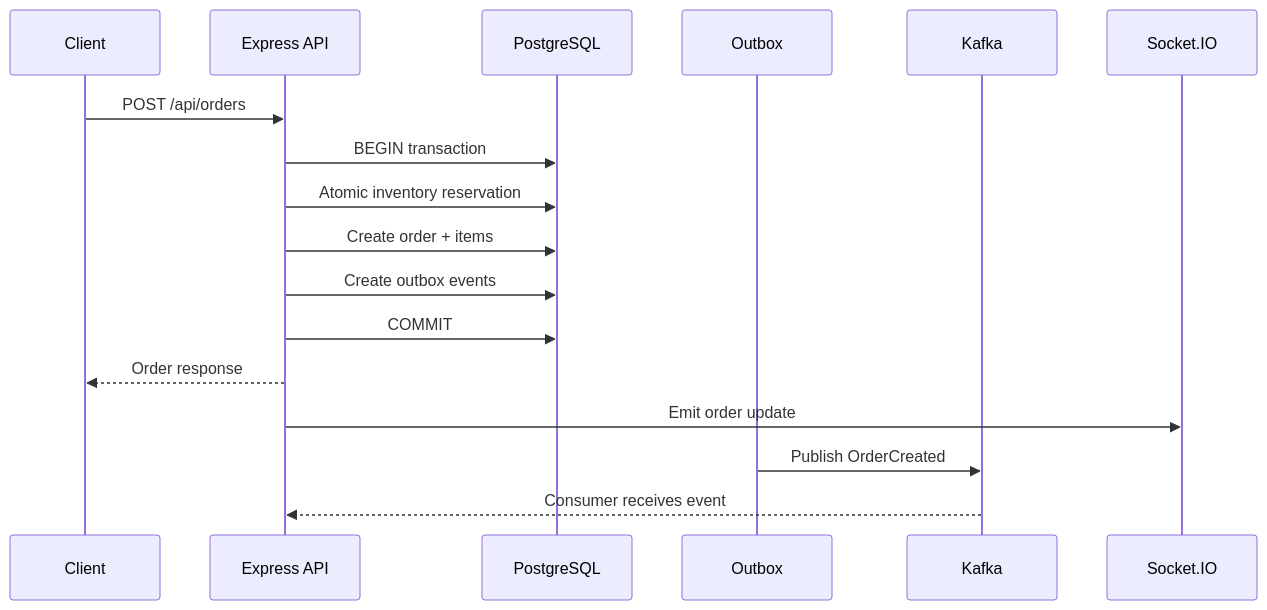
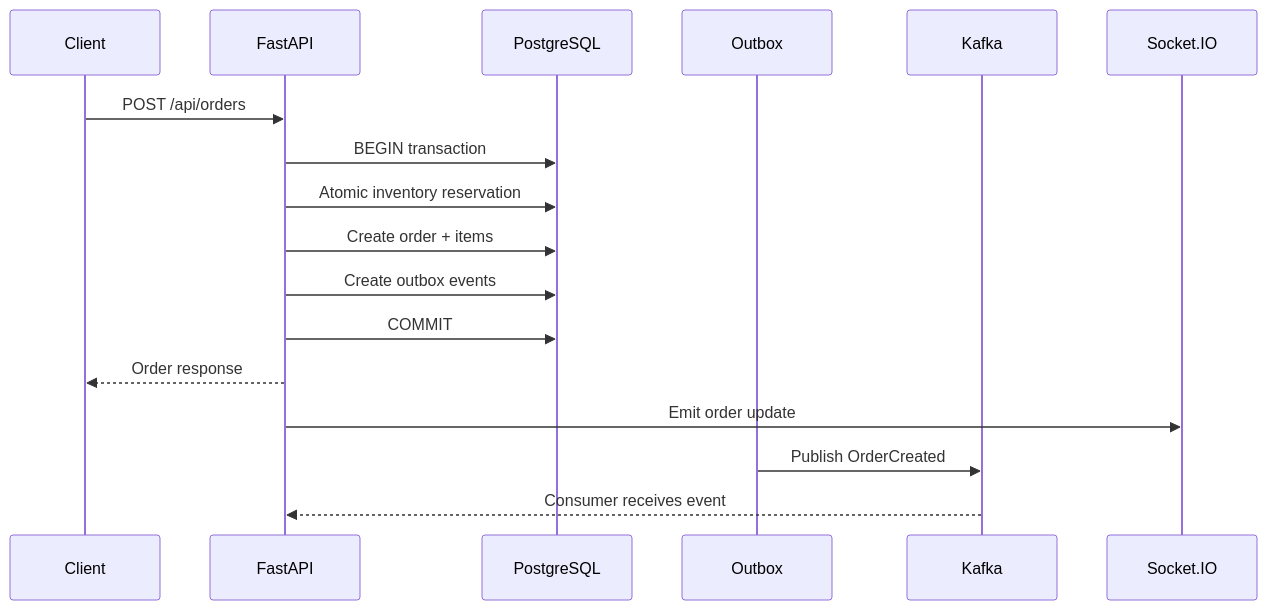
The second of 5 diagrams in README.md (Ashish0555/ShopScale), drawn with Mermaid before and after one commit. The commit also changed other lines of this file and 146 other files, not shown here.

Commit message:
FastAPI backend primary

````diff
--- a/README.md
+++ b/README.md
@@ -225,20 +218,20 @@
 ```mermaid
 sequenceDiagram
     participant C as Client
-    participant API as Express API
+    participant API as FastAPI
     participant DB as PostgreSQL
     participant O as Outbox
     participant K as Kafka
     participant S as Socket.IO
 
     C->>API: POST /api/orders
     API->>DB: BEGIN transaction
     API->>DB: Atomic inventory reservation
     API->>DB: Create order + items
     API->>DB: Create outbox events
     API->>DB: COMMIT
     API-->>C: Order response
     API->>S: Emit order update
     O->>K: Publish OrderCreated
     K-->>API: Consumer receives event
 ```
````
